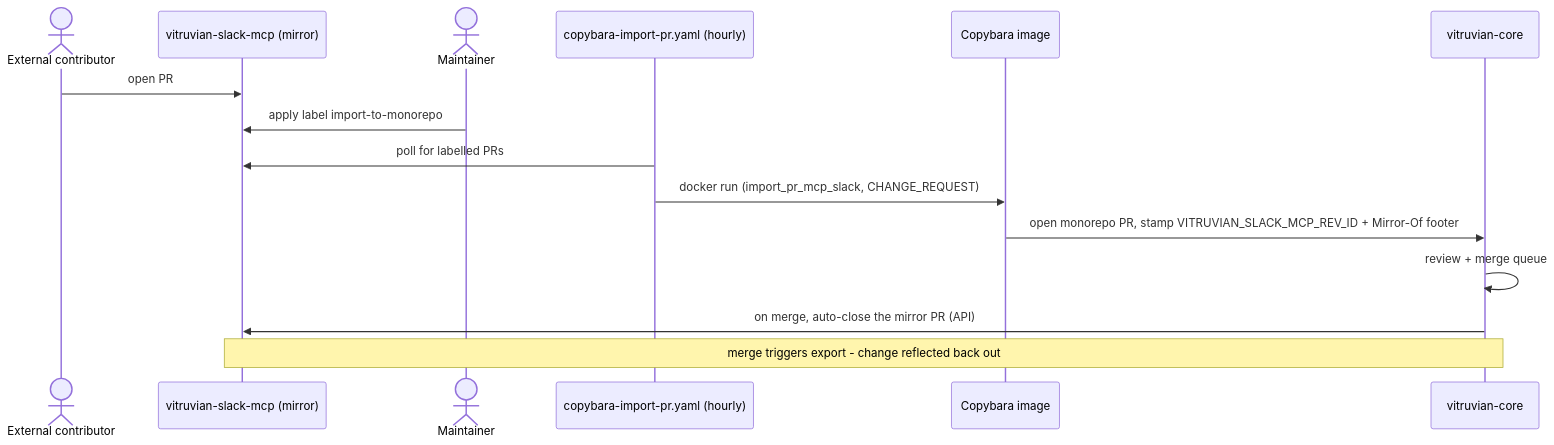
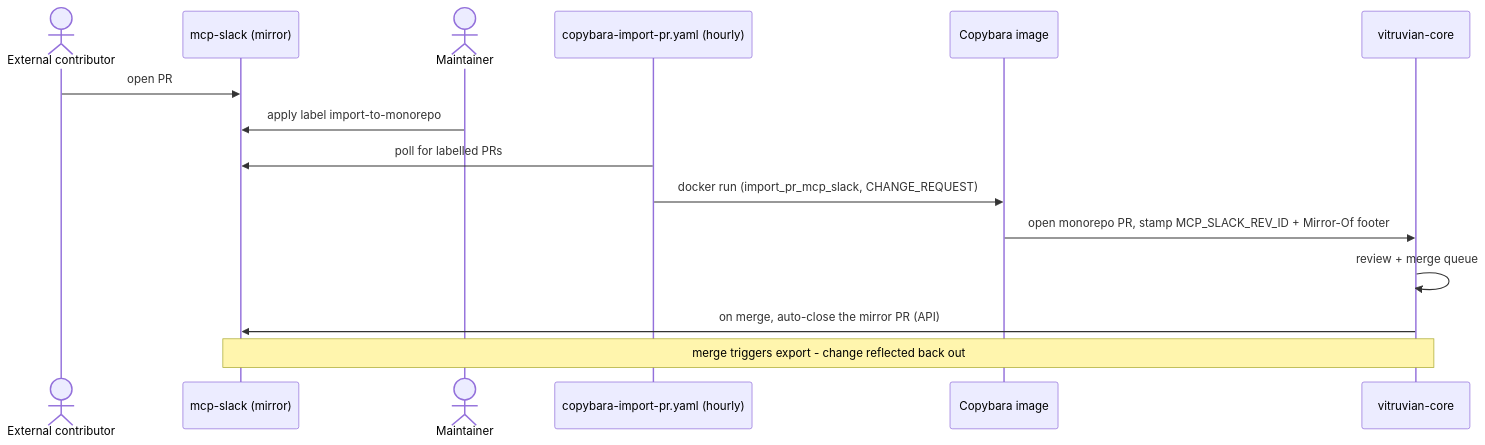
The third of 7 diagrams in docs/admin/copybara-sync.md (VitruvianSoftware/vitruvian-core), drawn with Mermaid before and after one commit. The commit also changed other lines of this file and 20 other files, not shown here.

````diff
--- a/docs/admin/copybara-sync.md
+++ b/docs/admin/copybara-sync.md
@@ -154,17 +154,17 @@
 ```mermaid
 sequenceDiagram
     actor Ext as External contributor
-    participant MS as vitruvian-slack-mcp (mirror)
+    participant MS as mcp-slack (mirror)
     actor Maint as Maintainer
     participant IMP as copybara-import-pr.yaml (hourly)
     participant CB as Copybara image
     participant VC as vitruvian-core
     Ext->>MS: open PR
     Maint->>MS: apply label import-to-monorepo
     IMP->>MS: poll for labelled PRs
     IMP->>CB: docker run (import_pr_mcp_slack, CHANGE_REQUEST)
-    CB->>VC: open monorepo PR, stamp VITRUVIAN_SLACK_MCP_REV_ID + Mirror-Of footer
+    CB->>VC: open monorepo PR, stamp MCP_SLACK_REV_ID + Mirror-Of footer
     VC->>VC: review + merge queue
     VC->>MS: on merge, auto-close the mirror PR (API)
     Note over VC,MS: merge triggers export - change reflected back out
 ```
````
